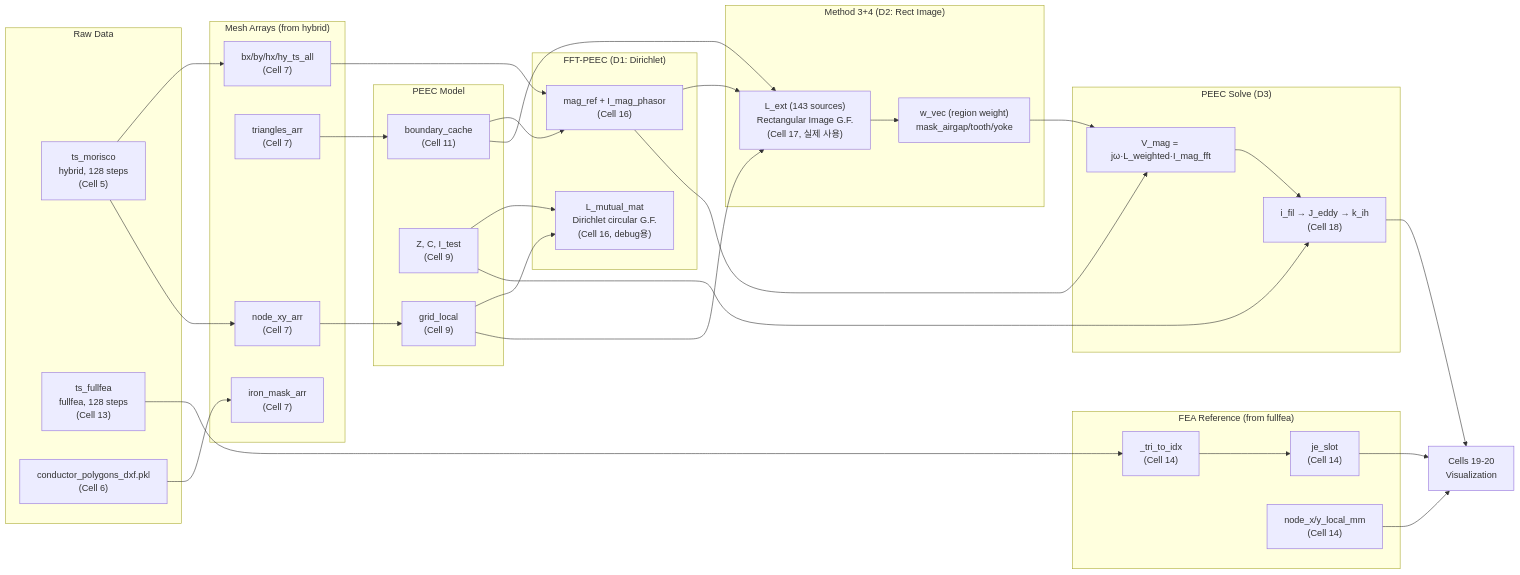
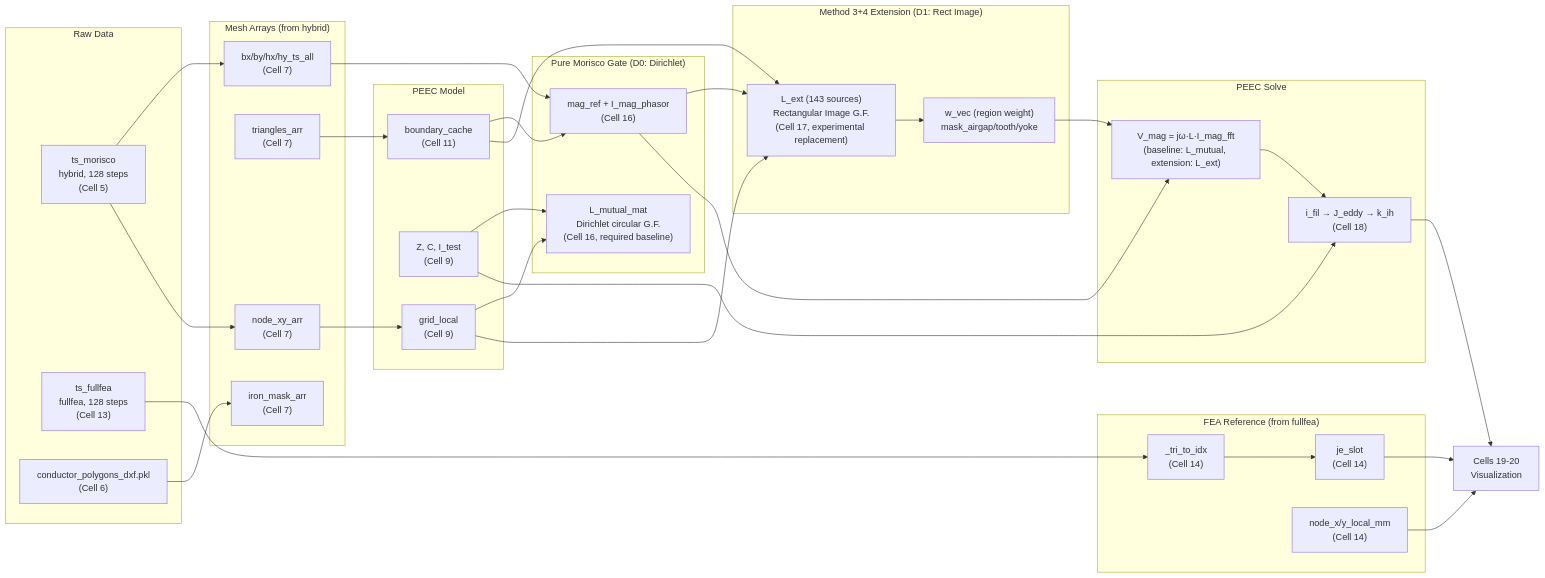
The second of 3 diagrams in mlxperPJT/JEET/PIPELINE_EXECUTION_PLAN.md (enjoyneer87/eMach), drawn with Mermaid before and after one commit. The commit also changed other lines of this file and 3 other files, not shown here.

````diff
--- a/mlxperPJT/JEET/PIPELINE_EXECUTION_PLAN.md
+++ b/mlxperPJT/JEET/PIPELINE_EXECUTION_PLAN.md
@@ -214,61 +253,61 @@
 ```mermaid
 graph LR
     subgraph "Raw Data"
         ts_m["ts_morisco<br/>hybrid, 128 steps<br/>(Cell 5)"]
         ts_f["ts_fullfea<br/>fullfea, 128 steps<br/>(Cell 13)"]
         dxf["conductor_polygons_dxf.pkl<br/>(Cell 6)"]
     end
 
     subgraph "Mesh Arrays (from hybrid)"
         nxy["node_xy_arr<br/>(Cell 7)"]
         tri["triangles_arr<br/>(Cell 7)"]
         iron["iron_mask_arr<br/>(Cell 7)"]
         bh["bx/by/hx/hy_ts_all<br/>(Cell 7)"]
     end
 
     subgraph "PEEC Model"
         grid["grid_local<br/>(Cell 9)"]
         zmat["Z, C, I_test<br/>(Cell 9)"]
         bc["boundary_cache<br/>(Cell 11)"]
     end
 
     subgraph "FEA Reference (from fullfea)"
         tri_idx["_tri_to_idx<br/>(Cell 14)"]
         je["je_slot<br/>(Cell 14)"]
         nlocal["node_x/y_local_mm<br/>(Cell 14)"]
     end
 
-    subgraph "FFT-PEEC (D1: Dirichlet)"
+    subgraph "Pure Morisco Gate (D0: Dirichlet)"
         mag["mag_ref + I_mag_phasor<br/>(Cell 16)"]
-        lm["L_mutual_mat<br/>Dirichlet circular G.F.<br/>(Cell 16, debug용)"]
+        lm["L_mutual_mat<br/>Dirichlet circular G.F.<br/>(Cell 16, required baseline)"]
     end
 
-    subgraph "Method 3+4 (D2: Rect Image)"
-        lext["L_ext (143 sources)<br/>Rectangular Image G.F.<br/>(Cell 17, 실제 사용)"]
+    subgraph "Method 3+4 Extension (D1: Rect Image)"
+        lext["L_ext (143 sources)<br/>Rectangular Image G.F.<br/>(Cell 17, experimental replacement)"]
         wvec["w_vec (region weight)<br/>mask_airgap/tooth/yoke"]
     end
 
-    subgraph "PEEC Solve (D3)"
-        vmag["V_mag = jω·L_weighted·I_mag_fft"]
+    subgraph "PEEC Solve"
+        vmag["V_mag = jω·L·I_mag_fft<br/>(baseline: L_mutual, extension: L_ext)"]
         res["i_fil → J_eddy → k_ih<br/>(Cell 18)"]
     end
 
     ts_m --> bh --> mag
     ts_m --> nxy --> grid
     dxf --> iron
     tri --> bc --> mag
     zmat --> lm
     grid --> lm
     grid --> lext
     bc --> lext
     mag --> lext
     lext --> wvec --> vmag
     mag --> vmag
     zmat --> res
     vmag --> res
 
     ts_f --> tri_idx --> je
     je --> D4D5["Cells 19-20<br/>Visualization"]
     res --> D4D5
     nlocal --> D4D5
 ```
````
